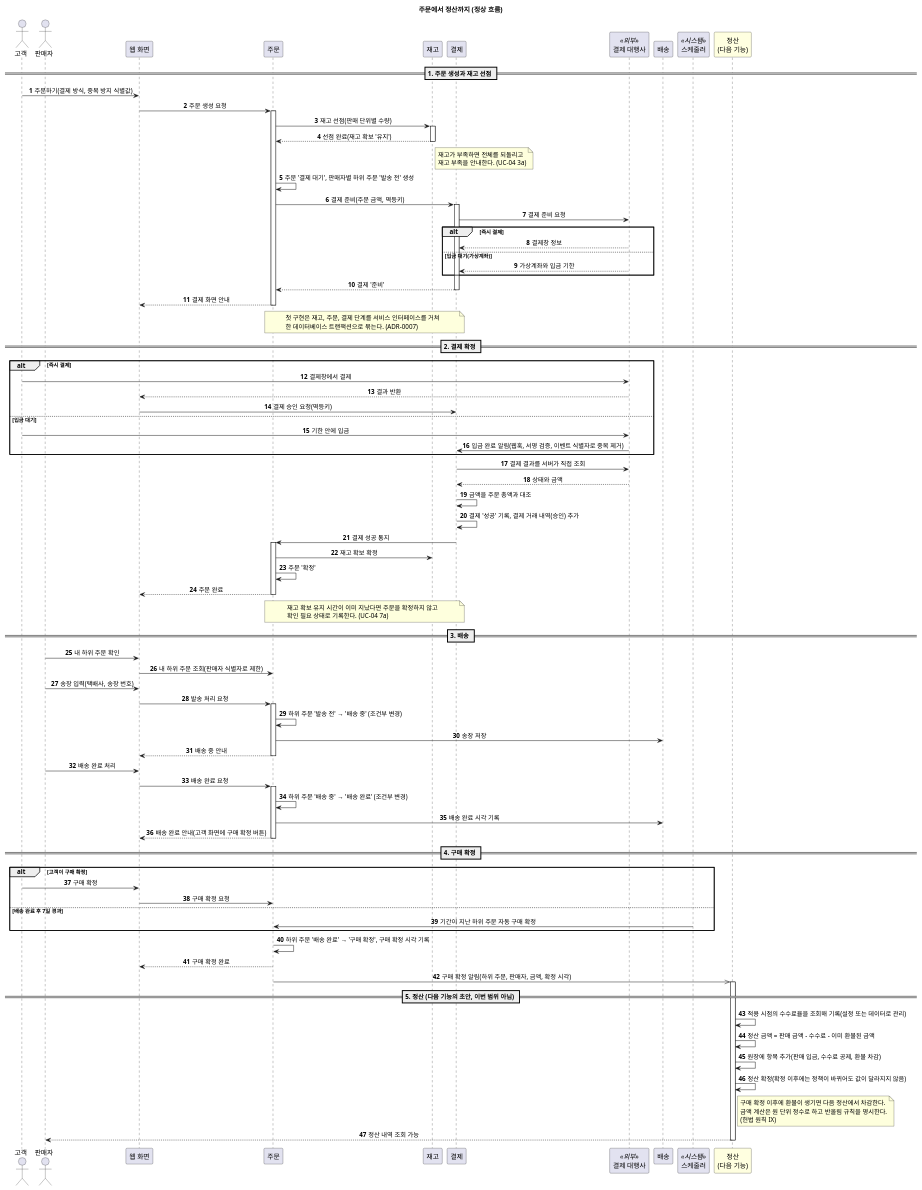
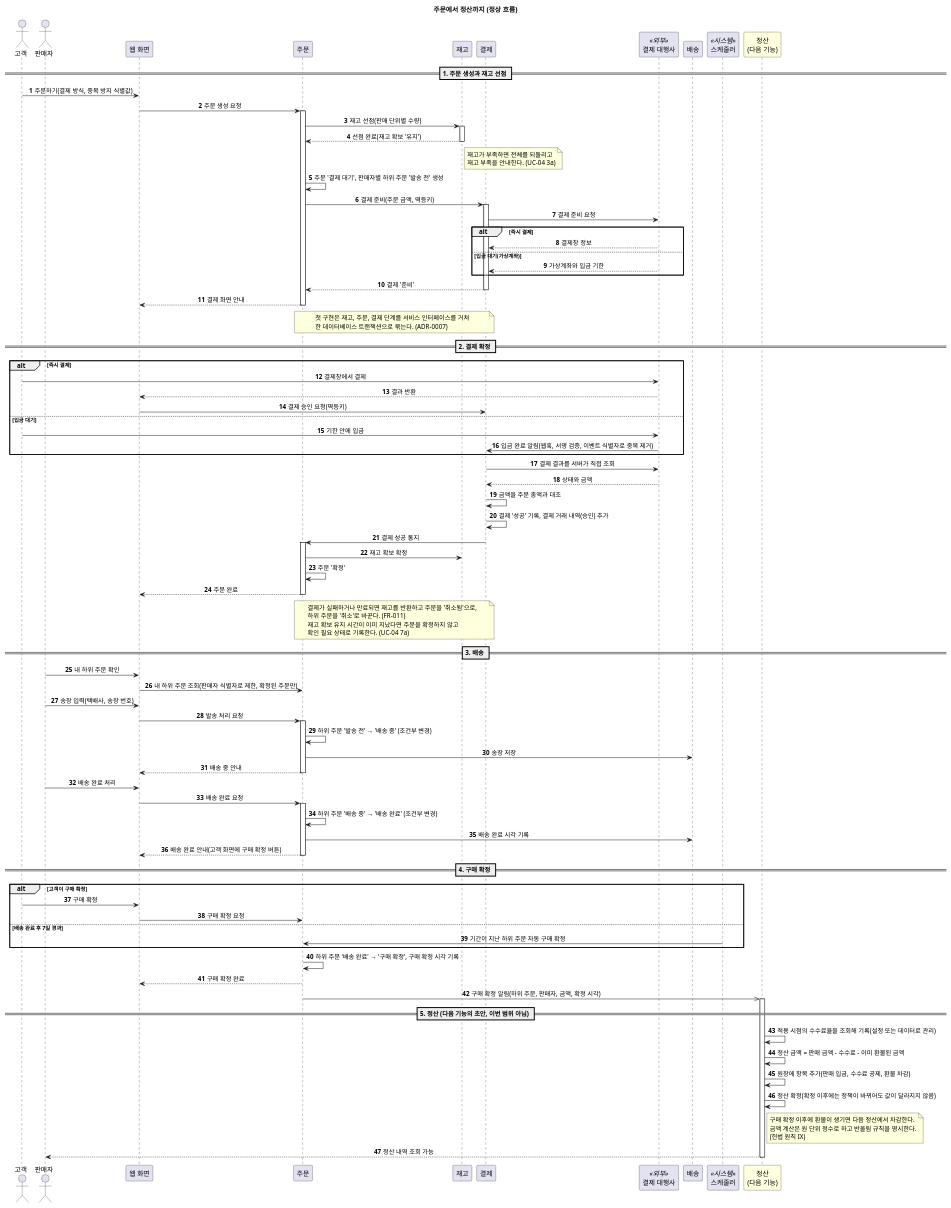
Before and after one commit to parknahyun/shopflow: the diagram in specs/001-multiseller-commerce-core/diagrams/sequence-order-to-settlement.puml, drawn with PlantUML. The commit also changed 13 other files, not shown here.

```diff
--- a/specs/001-multiseller-commerce-core/diagrams/sequence-order-to-settlement.puml
+++ b/specs/001-multiseller-commerce-core/diagrams/sequence-order-to-settlement.puml
@@ -1,123 +1,125 @@
 @startuml
 ' 시퀀스 다이어그램: 주문에서 정산까지
 ' 근거: spec.md, usecase-details.md(UC-04, UC-05, UC-08, UC-13, UC-14, UC-19), data-model.md, ADR-0001~0007
 ' 5단계(정산)는 다음 기능의 초안이며 이번 범위가 아니다(FR-017).
 title 주문에서 정산까지 (정상 흐름)
 
 skinparam shadowing false
 skinparam sequenceMessageAlign center
 skinparam responseMessageBelowArrow true
 autonumber
 
 actor "고객" as C
 actor "판매자" as S
 participant "웹 화면" as W
 participant "주문" as O
 participant "재고" as ST
 participant "결제" as P
 participant "결제 대행사" as PG <<외부>>
 participant "배송" as D
 participant "스케줄러" as T <<시스템>>
 participant "정산\n(다음 기능)" as SE #LightYellow
 
 == 1. 주문 생성과 재고 선점 ==
 C -> W : 주문하기(결제 방식, 중복 방지 식별값)
 W -> O : 주문 생성 요청
 activate O
 O -> ST : 재고 선점(판매 단위별 수량)
 activate ST
 ST --> O : 선점 완료(재고 확보 '유지')
 deactivate ST
 note right of ST
   재고가 부족하면 전체를 되돌리고
   재고 부족을 안내한다. (UC-04 3a)
 end note
 O -> O : 주문 '결제 대기', 판매자별 하위 주문 '발송 전' 생성
 O -> P : 결제 준비(주문 금액, 멱등키)
 activate P
 P -> PG : 결제 준비 요청
 alt 즉시 결제
   PG --> P : 결제창 정보
 else 입금 대기(가상계좌)
   PG --> P : 가상계좌와 입금 기한
 end
 P --> O : 결제 '준비'
 deactivate P
 O --> W : 결제 화면 안내
 deactivate O
 note over O, P
   첫 구현은 재고, 주문, 결제 단계를 서비스 인터페이스를 거쳐
   한 데이터베이스 트랜잭션으로 묶는다. (ADR-0007)
 end note
 
 == 2. 결제 확정 ==
 alt 즉시 결제
   C -> PG : 결제창에서 결제
   PG --> W : 결과 반환
   W -> P : 결제 승인 요청(멱등키)
 else 입금 대기
   C -> PG : 기한 안에 입금
   PG -> P : 입금 완료 알림(웹훅, 서명 검증, 이벤트 식별자로 중복 제거)
 end
 activate P
 P -> PG : 결제 결과를 서버가 직접 조회
 PG --> P : 상태와 금액
 P -> P : 금액을 주문 총액과 대조
 P -> P : 결제 '성공' 기록, 결제 거래 내역(승인) 추가
 P -> O : 결제 성공 통지
 deactivate P
 activate O
 O -> ST : 재고 확보 확정
 O -> O : 주문 '확정'
 O --> W : 주문 완료
 deactivate O
 note over P, O
+  결제가 실패하거나 만료되면 재고를 반환하고 주문을 '취소됨'으로,
+  하위 주문을 '취소'로 바꾼다. (FR-011)
   재고 확보 유지 시간이 이미 지났다면 주문을 확정하지 않고
   확인 필요 상태로 기록한다. (UC-04 7a)
 end note
 
 == 3. 배송 ==
 S -> W : 내 하위 주문 확인
-W -> O : 내 하위 주문 조회(판매자 식별자로 제한)
+W -> O : 내 하위 주문 조회(판매자 식별자로 제한, 확정된 주문만)
 S -> W : 송장 입력(택배사, 송장 번호)
 W -> O : 발송 처리 요청
 activate O
 O -> O : 하위 주문 '발송 전' → '배송 중' (조건부 변경)
 O -> D : 송장 저장
 O --> W : 배송 중 안내
 deactivate O
 S -> W : 배송 완료 처리
 W -> O : 배송 완료 요청
 activate O
 O -> O : 하위 주문 '배송 중' → '배송 완료' (조건부 변경)
 O -> D : 배송 완료 시각 기록
 O --> W : 배송 완료 안내(고객 화면에 구매 확정 버튼)
 deactivate O
 
 == 4. 구매 확정 ==
 alt 고객이 구매 확정
   C -> W : 구매 확정
   W -> O : 구매 확정 요청
 else 배송 완료 후 7일 경과
   T -> O : 기간이 지난 하위 주문 자동 구매 확정
 end
 activate O
 O -> O : 하위 주문 '배송 완료' → '구매 확정', 구매 확정 시각 기록
 O --> W : 구매 확정 완료
 O ->> SE : 구매 확정 알림(하위 주문, 판매자, 금액, 확정 시각)
 deactivate O
 
 == 5. 정산 (다음 기능의 초안, 이번 범위 아님) ==
 activate SE
 SE -> SE : 적용 시점의 수수료율을 조회해 기록(설정 또는 데이터로 관리)
 SE -> SE : 정산 금액 = 판매 금액 - 수수료 - 이미 환불된 금액
 SE -> SE : 원장에 항목 추가(판매 입금, 수수료 공제, 환불 차감)
 SE -> SE : 정산 확정(확정 이후에는 정책이 바뀌어도 값이 달라지지 않음)
 note right of SE
   구매 확정 이후에 환불이 생기면 다음 정산에서 차감한다.
   금액 계산은 원 단위 정수로 하고 반올림 규칙을 명시한다.
   (헌법 원칙 IX)
 end note
 SE --> S : 정산 내역 조회 가능
 deactivate SE
 @enduml
```
